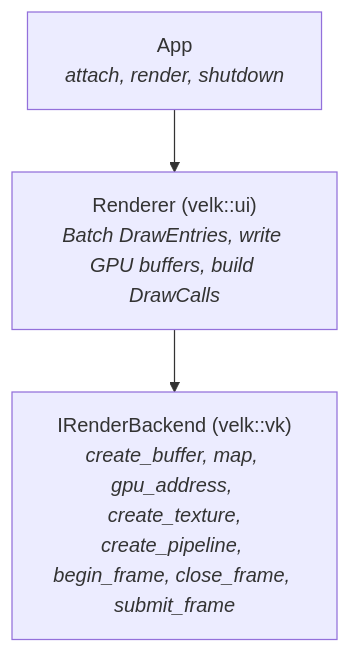
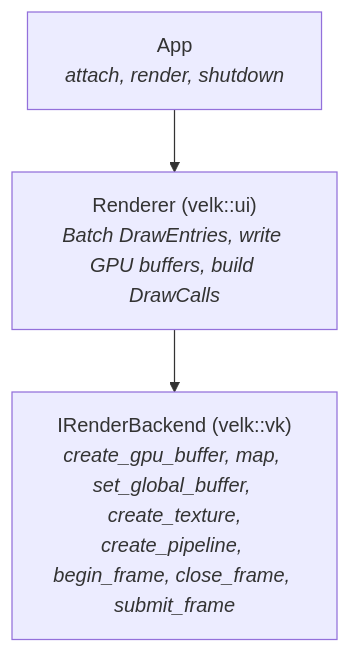
One commit to ljaaskela/velk-platform changed the first of 4 diagrams in docs/render/render-backend.md. Above: the diagram before and after it, drawn with Mermaid. The commit also changed other lines of this file and 14 other files, not shown here.

````diff
--- a/docs/render/render-backend.md
+++ b/docs/render/render-backend.md
@@ -69,8 +71,8 @@
 ```mermaid
 graph TD
     App["App<br/><i>attach, render, shutdown</i>"]
     Renderer["Renderer (velk::ui)<br/><i>Batch DrawEntries, write GPU buffers, build DrawCalls</i>"]
-    Backend["IRenderBackend (velk::vk)<br/><i>create_buffer, map, gpu_address, create_texture,<br/>create_pipeline, begin_frame, close_frame, submit_frame</i>"]
+    Backend["IRenderBackend (velk::vk)<br/><i>create_gpu_buffer, map, set_global_buffer, create_texture,<br/>create_pipeline, begin_frame, close_frame, submit_frame</i>"]
 
     App --> Renderer --> Backend
 ```
````
